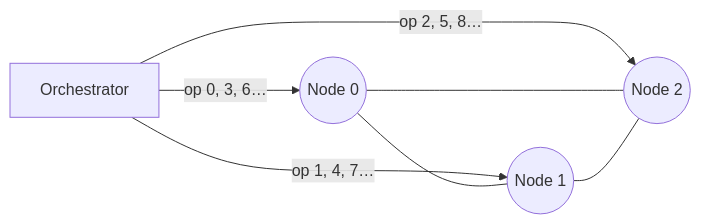
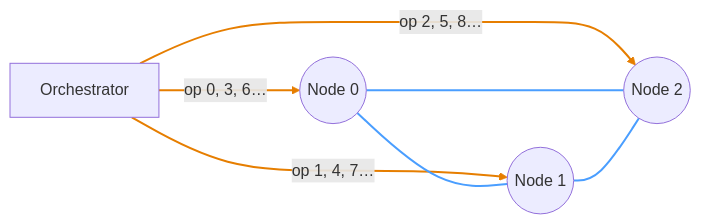
Before and after one commit to exokernel/replicant: the fifth of 6 diagrams in README.md, drawn with Mermaid. The commit also changed other lines of this file, not shown here.

Commit message:
color write ops vs sync connections in write pattern diagrams

````diff
--- a/README.md
+++ b/README.md
@@ -144,10 +144,12 @@
 ```mermaid
 graph LR
     O[Orchestrator]
     O -->|"op 0, 3, 6…"| N0((Node 0))
     O -->|"op 1, 4, 7…"| N1((Node 1))
     O -->|"op 2, 5, 8…"| N2((Node 2))
     N0 --- N1
     N0 --- N2
     N1 --- N2
+    linkStyle 0,1,2 stroke:#e67e00,stroke-width:2px
+    linkStyle 3,4,5 stroke:#4a9eff,stroke-width:2px
 ```
````
